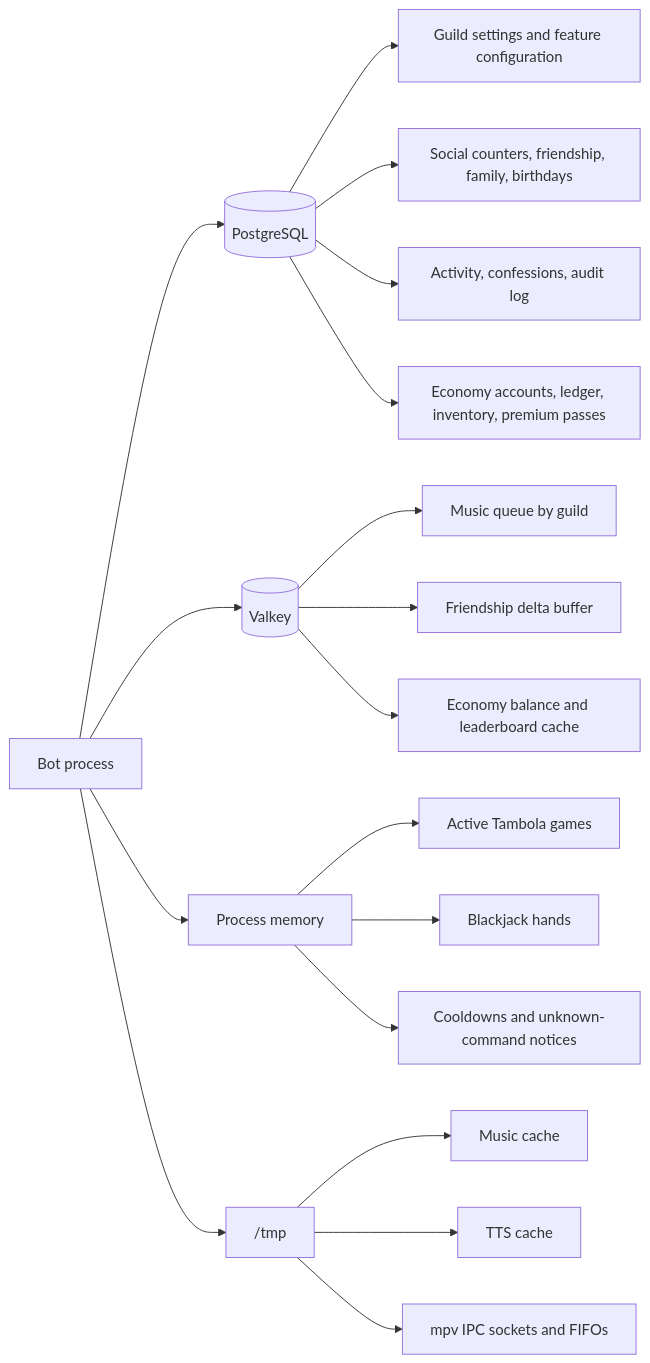
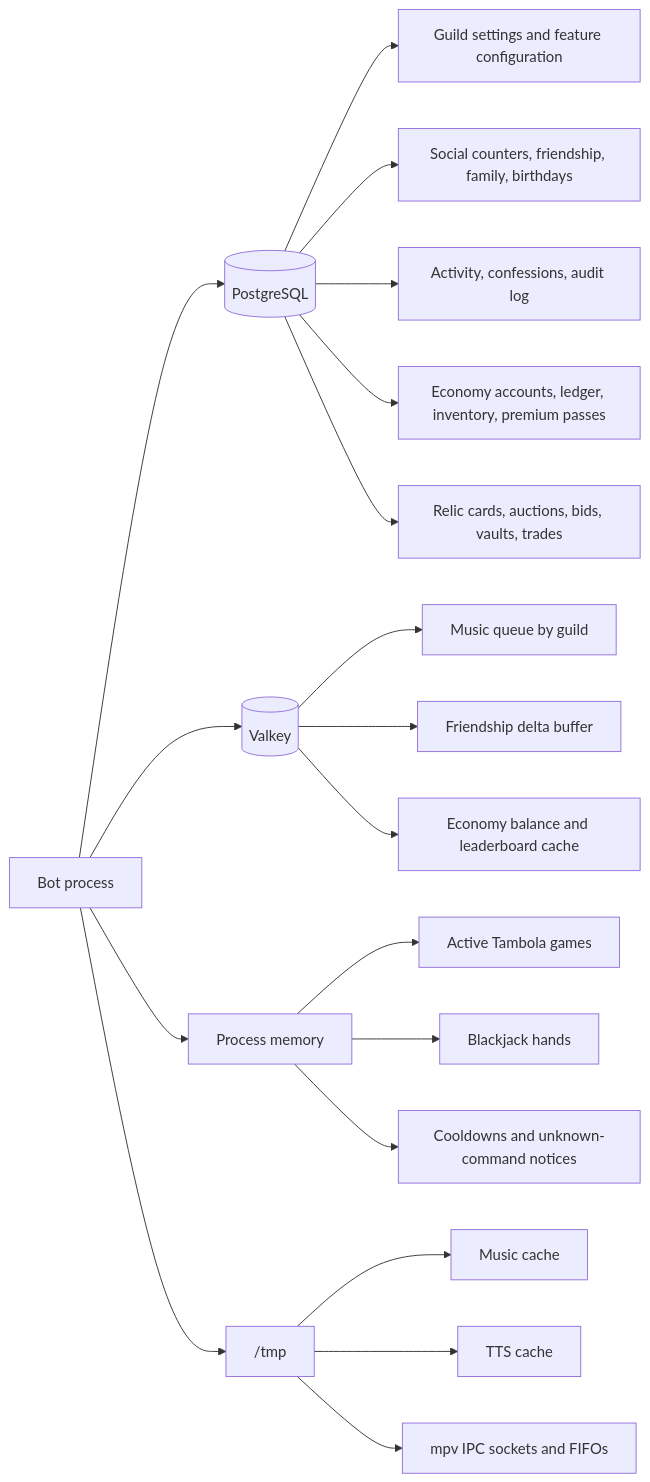
Before and after one commit to DeathSurfing/siela-bot: the fourth of 5 diagrams in docs/ARCHITECTURE.md, drawn with Mermaid. The commit also changed other lines of this file and 31 other files, not shown here.

````diff
--- a/docs/ARCHITECTURE.md
+++ b/docs/ARCHITECTURE.md
@@ -97,24 +97,25 @@
 ```mermaid
 flowchart LR
   BOT[Bot process] --> PG[(PostgreSQL)]
   BOT --> VK[(Valkey)]
   BOT --> MEM[Process memory]
   BOT --> TMP["/tmp"]
 
   PG --> P1[Guild settings and feature configuration]
   PG --> P2[Social counters, friendship, family, birthdays]
   PG --> P3[Activity, confessions, audit log]
   PG --> P4[Economy accounts, ledger, inventory, premium passes]
+  PG --> P5[Relic cards, auctions, bids, vaults, trades]
 
   VK --> V1[Music queue by guild]
   VK --> V2[Friendship delta buffer]
   VK --> V3[Economy balance and leaderboard cache]
 
   MEM --> M1[Active Tambola games]
   MEM --> M2[Blackjack hands]
   MEM --> M3[Cooldowns and unknown-command notices]
 
   TMP --> T1[Music cache]
   TMP --> T2[TTS cache]
   TMP --> T3[mpv IPC sockets and FIFOs]
 ```
````
